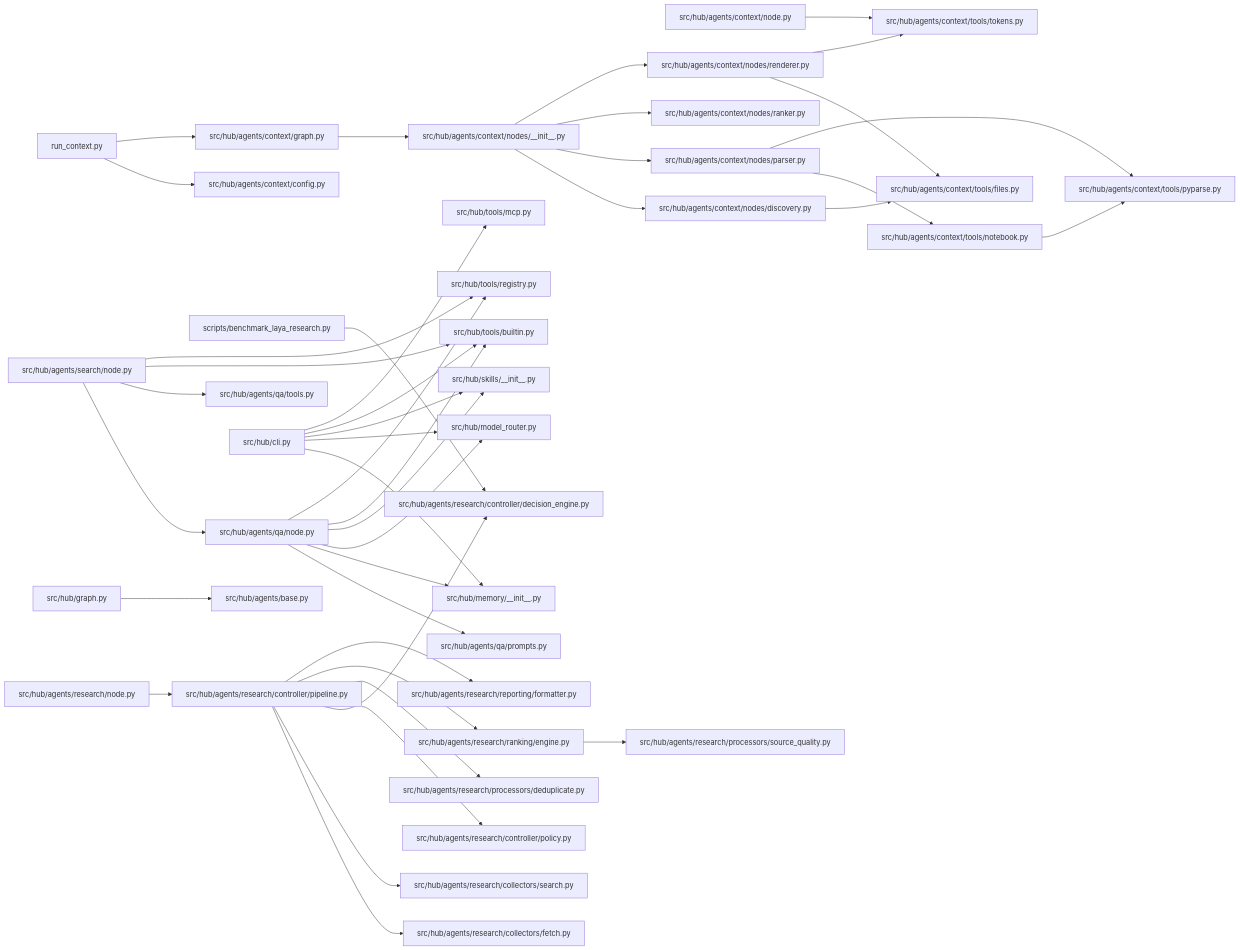
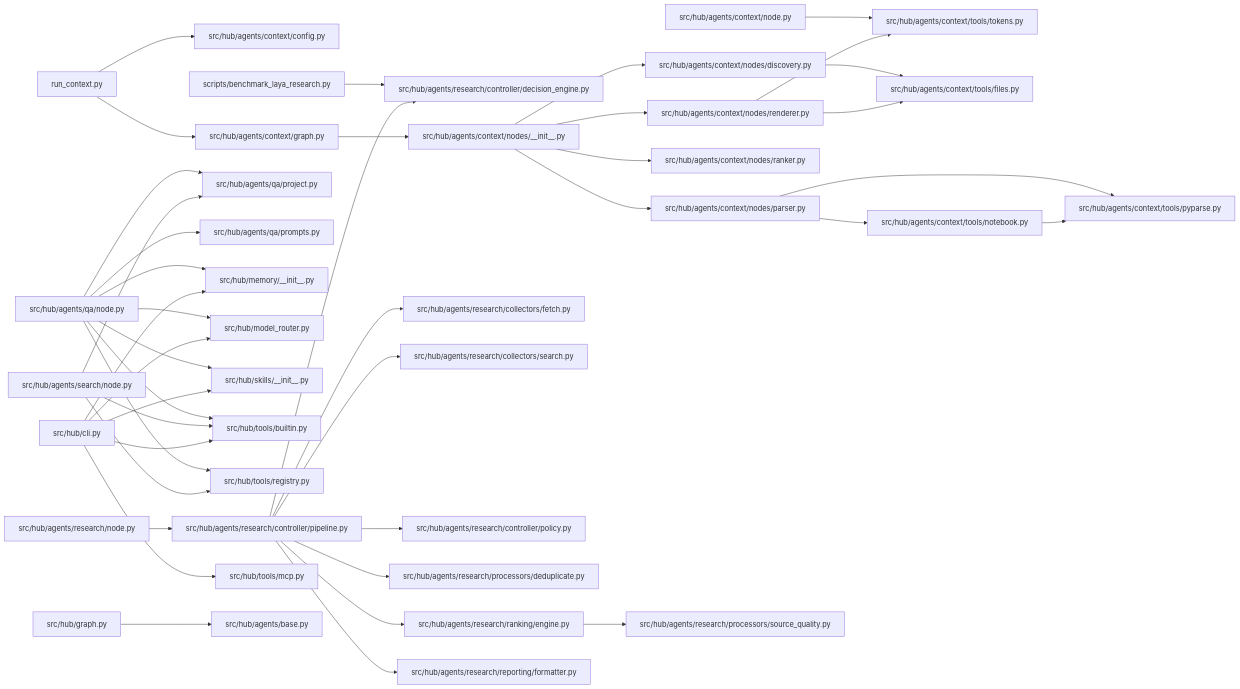
One commit to MinhTrietPhan/multiagent-free changed the diagram in PROJECT_CONTEXT_full.md. Above: the diagram before and after it, drawn with Mermaid. The commit also changed other lines of this file and 65 other files, not shown here.

````diff
--- a/PROJECT_CONTEXT_full.md
+++ b/PROJECT_CONTEXT_full.md
@@ -116,44 +118,44 @@
 ```mermaid
 graph LR
   run_context_py["run_context.py"] --> src_hub_agents_context_config_py["src/hub/agents/context/config.py"]
   run_context_py["run_context.py"] --> src_hub_agents_context_graph_py["src/hub/agents/context/graph.py"]
   scripts_benchmark_laya_research_py["scripts/benchmark_laya_research.py"] --> src_hub_agents_research_controller_decision_engine_py["src/hub/agents/research/controller/decision_engine.py"]
   src_hub_agents_context_graph_py["src/hub/agents/context/graph.py"] --> src_hub_agents_context_nodes___init___py["src/hub/agents/context/nodes/__init__.py"]
   src_hub_agents_context_node_py["src/hub/agents/context/node.py"] --> src_hub_agents_context_tools_tokens_py["src/hub/agents/context/tools/tokens.py"]
   src_hub_agents_context_nodes___init___py["src/hub/agents/context/nodes/__init__.py"] --> src_hub_agents_context_nodes_discovery_py["src/hub/agents/context/nodes/discovery.py"]
   src_hub_agents_context_nodes___init___py["src/hub/agents/context/nodes/__init__.py"] --> src_hub_agents_context_nodes_parser_py["src/hub/agents/context/nodes/parser.py"]
   src_hub_agents_context_nodes___init___py["src/hub/agents/context/nodes/__init__.py"] --> src_hub_agents_context_nodes_ranker_py["src/hub/agents/context/nodes/ranker.py"]
   src_hub_agents_context_nodes___init___py["src/hub/agents/context/nodes/__init__.py"] --> src_hub_agents_context_nodes_renderer_py["src/hub/agents/context/nodes/renderer.py"]
   src_hub_agents_context_nodes_discovery_py["src/hub/agents/context/nodes/discovery.py"] --> src_hub_agents_context_tools_files_py["src/hub/agents/context/tools/files.py"]
   src_hub_agents_context_nodes_parser_py["src/hub/agents/context/nodes/parser.py"] --> src_hub_agents_context_tools_notebook_py["src/hub/agents/context/tools/notebook.py"]
   src_hub_agents_context_nodes_parser_py["src/hub/agents/context/nodes/parser.py"] --> src_hub_agents_context_tools_pyparse_py["src/hub/agents/context/tools/pyparse.py"]
   src_hub_agents_context_nodes_renderer_py["src/hub/agents/context/nodes/renderer.py"] --> src_hub_agents_context_tools_files_py["src/hub/agents/context/tools/files.py"]
   src_hub_agents_context_nodes_renderer_py["src/hub/agents/context/nodes/renderer.py"] --> src_hub_agents_context_tools_tokens_py["src/hub/agents/context/tools/tokens.py"]
   src_hub_agents_context_tools_notebook_py["src/hub/agents/context/tools/notebook.py"] --> src_hub_agents_context_tools_pyparse_py["src/hub/agents/context/tools/pyparse.py"]
+  src_hub_agents_qa_node_py["src/hub/agents/qa/node.py"] --> src_hub_agents_qa_project_py["src/hub/agents/qa/project.py"]
   src_hub_agents_qa_node_py["src/hub/agents/qa/node.py"] --> src_hub_agents_qa_prompts_py["src/hub/agents/qa/prompts.py"]
   src_hub_agents_qa_node_py["src/hub/agents/qa/node.py"] --> src_hub_memory___init___py["src/hub/memory/__init__.py"]
   src_hub_agents_qa_node_py["src/hub/agents/qa/node.py"] --> src_hub_model_router_py["src/hub/model_router.py"]
   src_hub_agents_qa_node_py["src/hub/agents/qa/node.py"] --> src_hub_skills___init___py["src/hub/skills/__init__.py"]
   src_hub_agents_qa_node_py["src/hub/agents/qa/node.py"] --> src_hub_tools_builtin_py["src/hub/tools/builtin.py"]
   src_hub_agents_qa_node_py["src/hub/agents/qa/node.py"] --> src_hub_tools_registry_py["src/hub/tools/registry.py"]
   src_hub_agents_research_controller_pipeline_py["src/hub/agents/research/controller/pipeline.py"] --> src_hub_agents_research_collectors_fetch_py["src/hub/agents/research/collectors/fetch.py"]
   src_hub_agents_research_controller_pipeline_py["src/hub/agents/research/controller/pipeline.py"] --> src_hub_agents_research_collectors_search_py["src/hub/agents/research/collectors/search.py"]
   src_hub_agents_research_controller_pipeline_py["src/hub/agents/research/controller/pipeline.py"] --> src_hub_agents_research_controller_decision_engine_py["src/hub/agents/research/controller/decision_engine.py"]
   src_hub_agents_research_controller_pipeline_py["src/hub/agents/research/controller/pipeline.py"] --> src_hub_agents_research_controller_policy_py["src/hub/agents/research/controller/policy.py"]
   src_hub_agents_research_controller_pipeline_py["src/hub/agents/research/controller/pipeline.py"] --> src_hub_agents_research_processors_deduplicate_py["src/hub/agents/research/processors/deduplicate.py"]
   src_hub_agents_research_controller_pipeline_py["src/hub/agents/research/controller/pipeline.py"] --> src_hub_agents_research_ranking_engine_py["src/hub/agents/research/ranking/engine.py"]
   src_hub_agents_research_controller_pipeline_py["src/hub/agents/research/controller/pipeline.py"] --> src_hub_agents_research_reporting_formatter_py["src/hub/agents/research/reporting/formatter.py"]
   src_hub_agents_research_node_py["src/hub/agents/research/node.py"] --> src_hub_agents_research_controller_pipeline_py["src/hub/agents/research/controller/pipeline.py"]
   src_hub_agents_research_ranking_engine_py["src/hub/agents/research/ranking/engine.py"] --> src_hub_agents_research_processors_source_quality_py["src/hub/agents/research/processors/source_quality.py"]
-  src_hub_agents_search_node_py["src/hub/agents/search/node.py"] --> src_hub_agents_qa_node_py["src/hub/agents/qa/node.py"]
-  src_hub_agents_search_node_py["src/hub/agents/search/node.py"] --> src_hub_agents_qa_tools_py["src/hub/agents/qa/tools.py"]
+  src_hub_agents_search_node_py["src/hub/agents/search/node.py"] --> src_hub_agents_qa_project_py["src/hub/agents/qa/project.py"]
   src_hub_agents_search_node_py["src/hub/agents/search/node.py"] --> src_hub_tools_builtin_py["src/hub/tools/builtin.py"]
   src_hub_agents_search_node_py["src/hub/agents/search/node.py"] --> src_hub_tools_registry_py["src/hub/tools/registry.py"]
   src_hub_cli_py["src/hub/cli.py"] --> src_hub_memory___init___py["src/hub/memory/__init__.py"]
   src_hub_cli_py["src/hub/cli.py"] --> src_hub_model_router_py["src/hub/model_router.py"]
   src_hub_cli_py["src/hub/cli.py"] --> src_hub_skills___init___py["src/hub/skills/__init__.py"]
   src_hub_cli_py["src/hub/cli.py"] --> src_hub_tools_builtin_py["src/hub/tools/builtin.py"]
   src_hub_cli_py["src/hub/cli.py"] --> src_hub_tools_mcp_py["src/hub/tools/mcp.py"]
   src_hub_graph_py["src/hub/graph.py"] --> src_hub_agents_base_py["src/hub/agents/base.py"]
-  %% +37 more edges omitted
+  %% +39 more edges omitted
 ```
````
